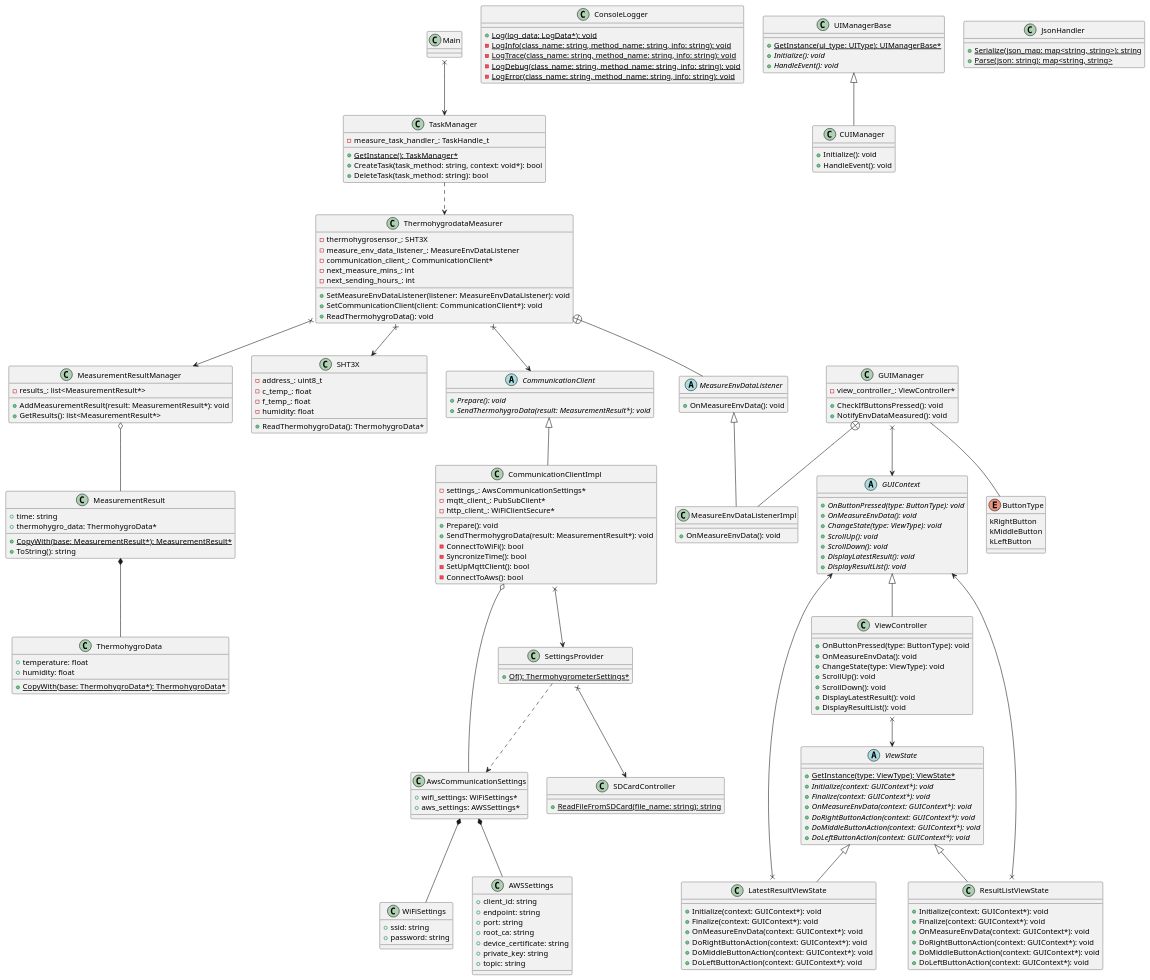
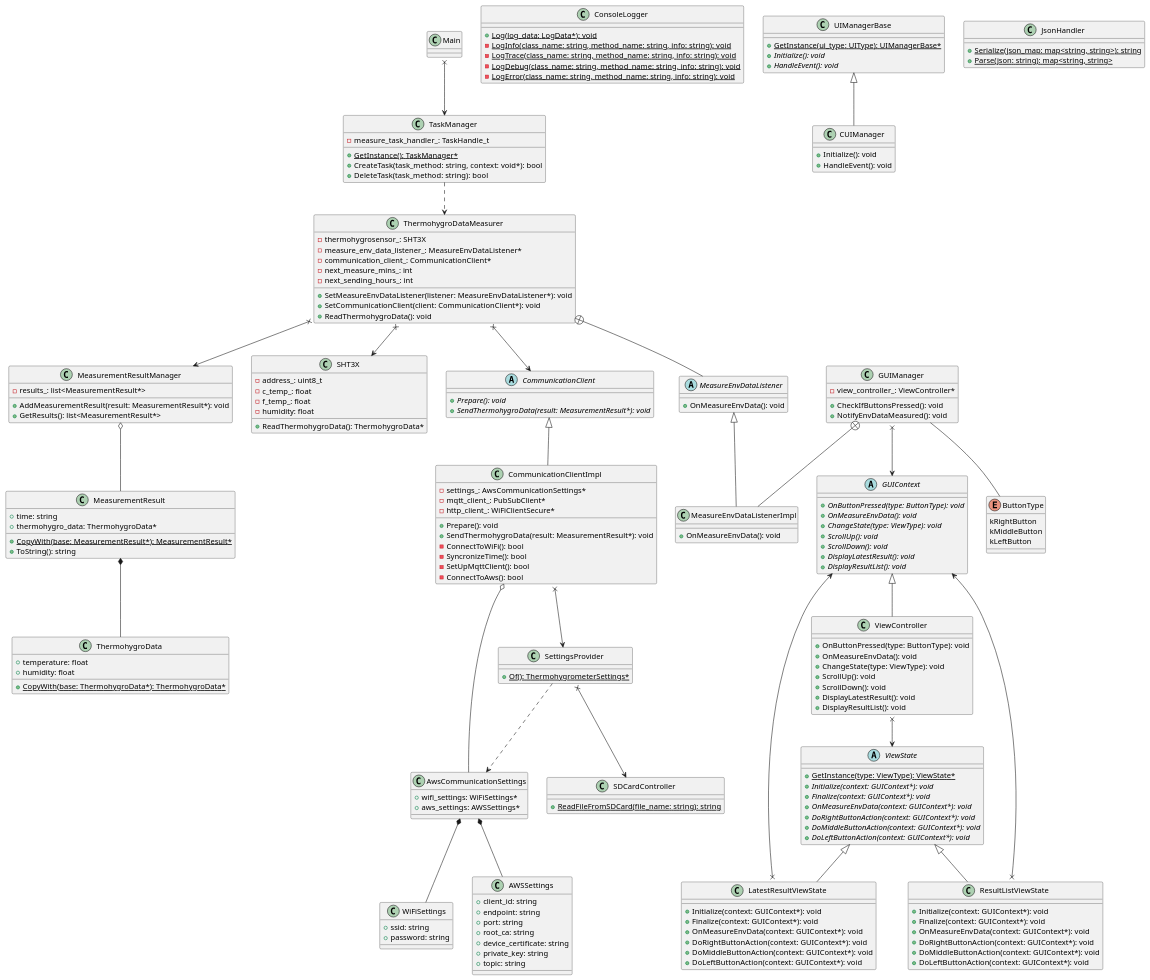
Before and after one commit to chukeblo/thermohygrometer: the diagram in DesignDocs/M5StackThermohygrometer/class_diagram.pu, drawn with PlantUML.

Commit message:
fix typos in class diagram for m5stack thermohygrometer

```diff
--- a/DesignDocs/M5StackThermohygrometer/class_diagram.pu
+++ b/DesignDocs/M5StackThermohygrometer/class_diagram.pu
@@ -173,24 +173,24 @@
     + DeleteTask(task_method: string): bool
 }
 
-TaskManager ..> ThermohygrodataMeasurer
+TaskManager ..> ThermohygroDataMeasurer
 
-class ThermohygrodataMeasurer {
+class ThermohygroDataMeasurer {
     - thermohygrosensor_: SHT3X
-    - measure_env_data_listener_: MeasureEnvDataListener
+    - measure_env_data_listener_: MeasureEnvDataListener*
     - communication_client_: CommunicationClient*
     - next_measure_mins_: int
     - next_sending_hours_: int
 
-    + SetMeasureEnvDataListener(listener: MeasureEnvDataListener): void
+    + SetMeasureEnvDataListener(listener: MeasureEnvDataListener*): void
     + SetCommunicationClient(client: CommunicationClient*): void
     + ReadThermohygroData(): void
 }
 
-ThermohygrodataMeasurer x--> SHT3X
-ThermohygrodataMeasurer x--> MeasurementResultManager
-ThermohygrodataMeasurer +-- MeasureEnvDataListener
-ThermohygrodataMeasurer x--> CommunicationClient
+ThermohygroDataMeasurer x--> SHT3X
+ThermohygroDataMeasurer x--> MeasurementResultManager
+ThermohygroDataMeasurer +-- MeasureEnvDataListener
+ThermohygroDataMeasurer x--> CommunicationClient
 
 abstract class MeasureEnvDataListener {
     + OnMeasureEnvData(): void
```
